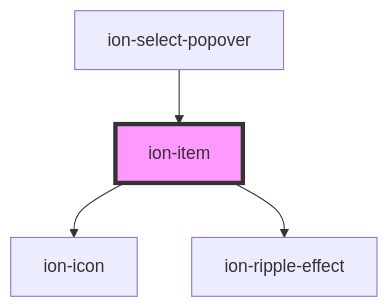
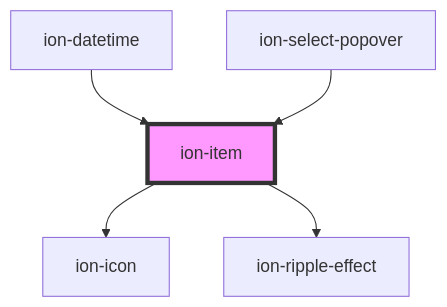
Before and after one commit to Ryu9425/ang_ionic: the diagram in core/src/components/item/readme.md, drawn with Mermaid. The commit also changed other lines of this file and 62 other files, not shown here.

````diff
--- a/core/src/components/item/readme.md
+++ b/core/src/components/item/readme.md
@@ -1933,7 +1934,8 @@
 ```mermaid
 graph TD;
   ion-item --> ion-icon
   ion-item --> ion-ripple-effect
+  ion-datetime --> ion-item
   ion-select-popover --> ion-item
   style ion-item fill:#f9f,stroke:#333,stroke-width:4px
 ```
````
